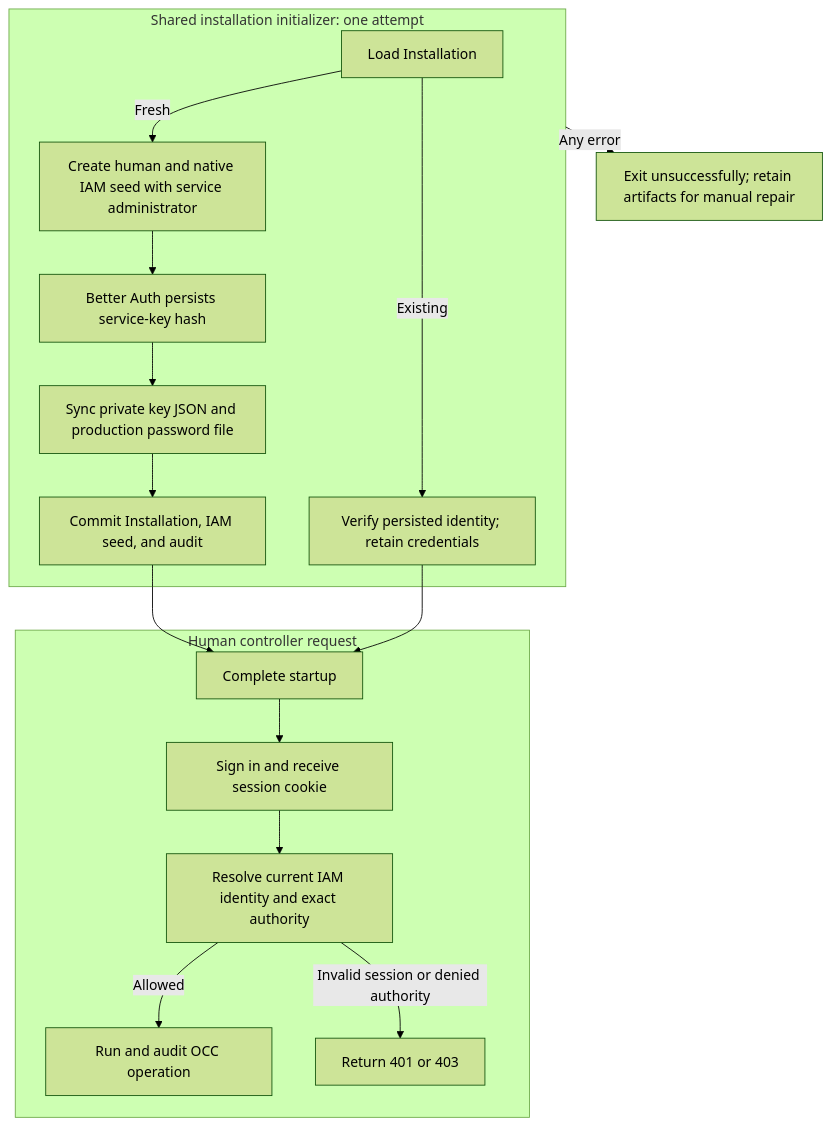
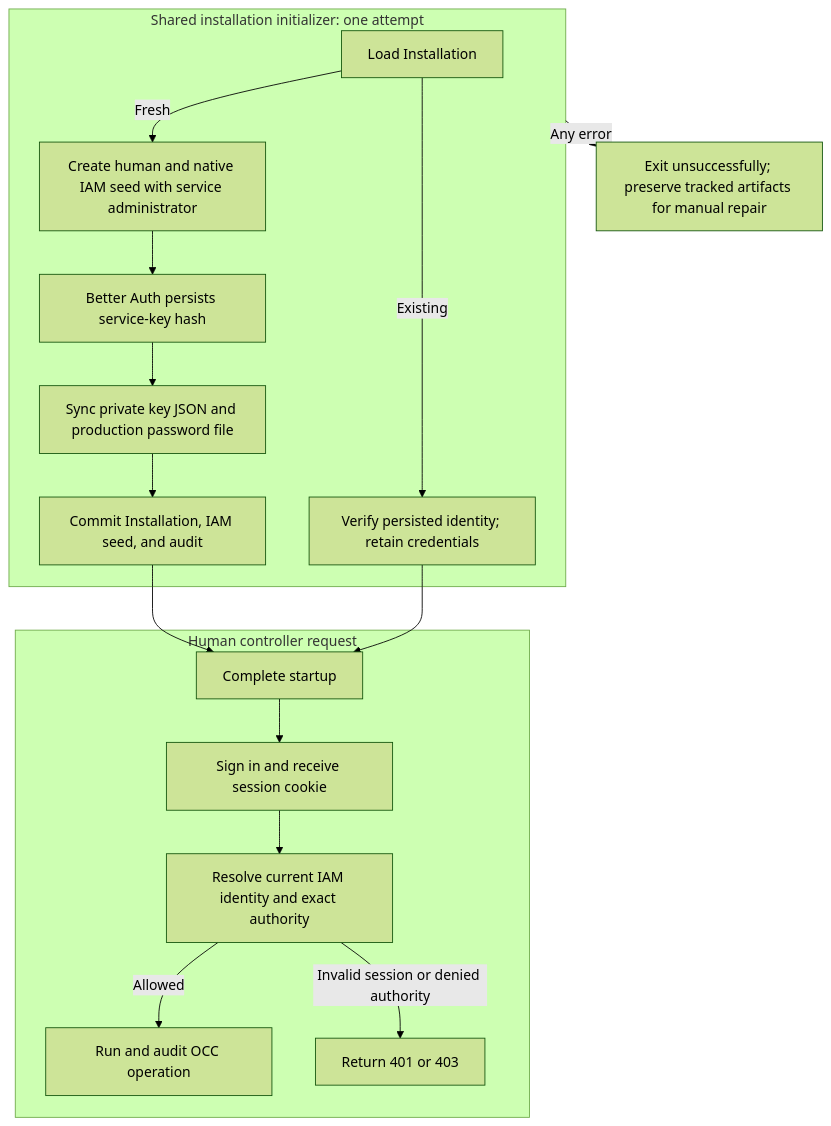
One commit to IsaiahStapleton/openclaw-enterprise changed the diagram in docs/flows/local-password-authentication.md. Above: the diagram before and after it, drawn with Mermaid (forest theme). The commit also changed other lines of this file and 23 other files, not shown here.

Commit message:
docs: consolidate and correct runtime flow documentation

````diff
--- a/docs/flows/local-password-authentication.md
+++ b/docs/flows/local-password-authentication.md
@@ -34,19 +34,19 @@
 ```mermaid
 graph TD
   subgraph Bootstrap["Shared installation initializer: one attempt"]
     A["Load Installation"] -->|Existing| B["Verify persisted identity; retain credentials"]
     A -->|Fresh| C["Create human and native IAM seed with service administrator"]
     C --> D["Better Auth persists service-key hash"]
     D --> E["Sync private key JSON and production password file"]
     E --> F["Commit Installation, IAM seed, and audit"]
   end
   F --> G["Complete startup"]
   B --> G
-  Bootstrap -->|Any error| H["Exit unsuccessfully; retain artifacts for manual repair"]
+  Bootstrap -->|Any error| H["Exit unsuccessfully; preserve tracked artifacts for manual repair"]
   subgraph Request["Human controller request"]
     G --> J["Sign in and receive session cookie"]
     J --> K["Resolve current IAM identity and exact authority"]
     K -->|Allowed| L["Run and audit OCC operation"]
     K -->|Invalid session or denied authority| M["Return 401 or 403"]
   end
 ```
````
